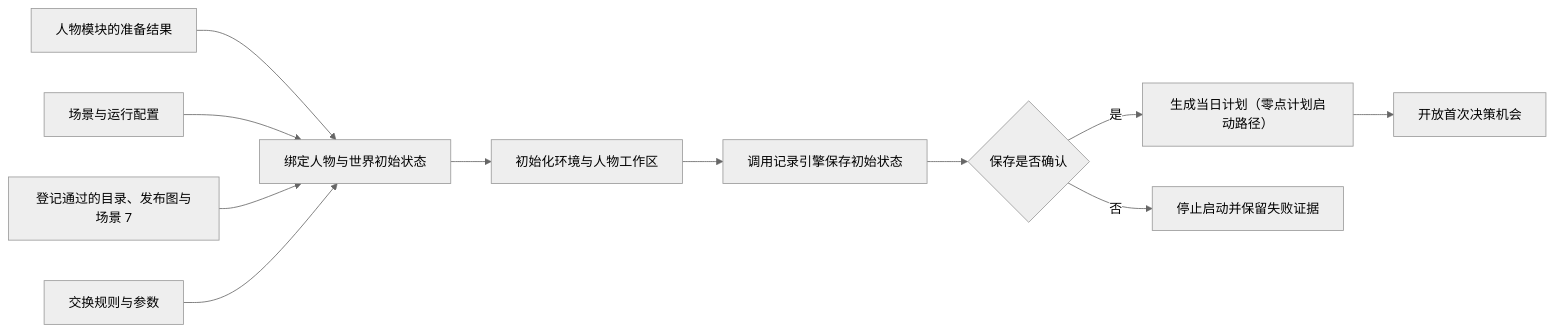
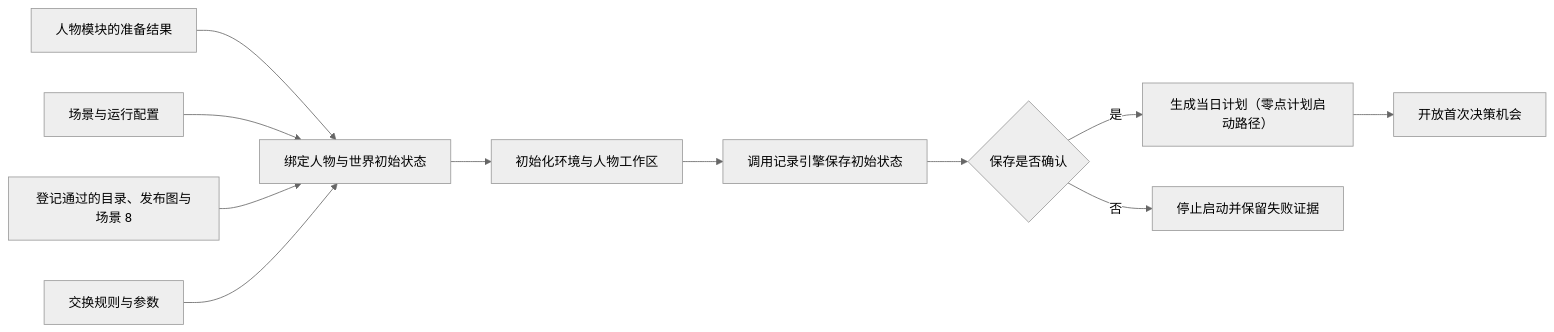
One commit to HoldThatThgt/WorldMock changed the second of 11 diagrams in docs/design/04-simulation-engine.md. Above: the diagram before and after it, drawn with Mermaid (neutral theme). The commit also changed other lines of this file and 164 other files, not shown here.

````diff
--- a/docs/design/04-simulation-engine.md
+++ b/docs/design/04-simulation-engine.md
@@ -154,13 +157,13 @@
 ```mermaid
 flowchart LR
     P[人物模块的准备结果] --> B[绑定人物与世界初始状态]
     S[场景与运行配置] --> B
-    R[登记通过的目录、发布图与场景 7] --> B
+    R[登记通过的目录、发布图与场景 8] --> B
     X[交换规则与参数] --> B
     B --> E[初始化环境与人物工作区]
     E --> F[调用记录引擎保存初始状态]
     F --> C{保存是否确认}
     C -->|是| G[生成当日计划（零点计划启动路径）]
     G --> A[开放首次决策机会]
     C -->|否| STOP[停止启动并保留失败证据]
 ```
````
